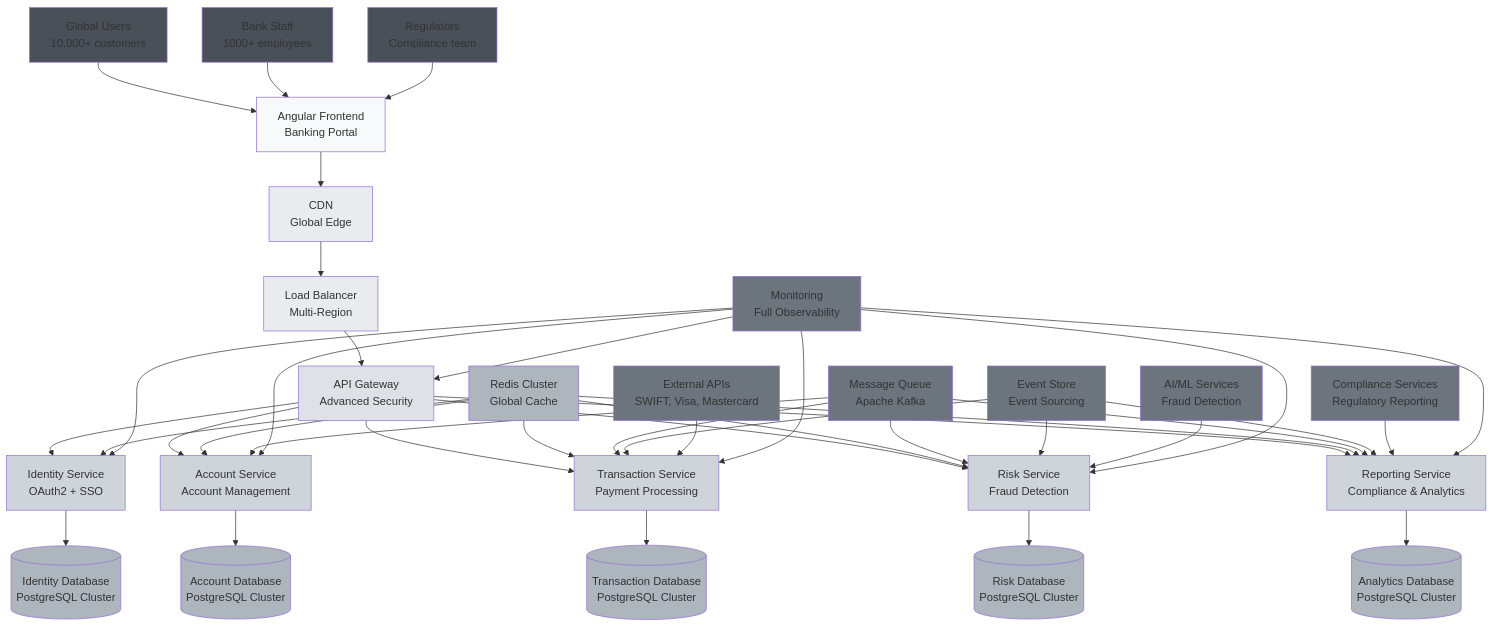
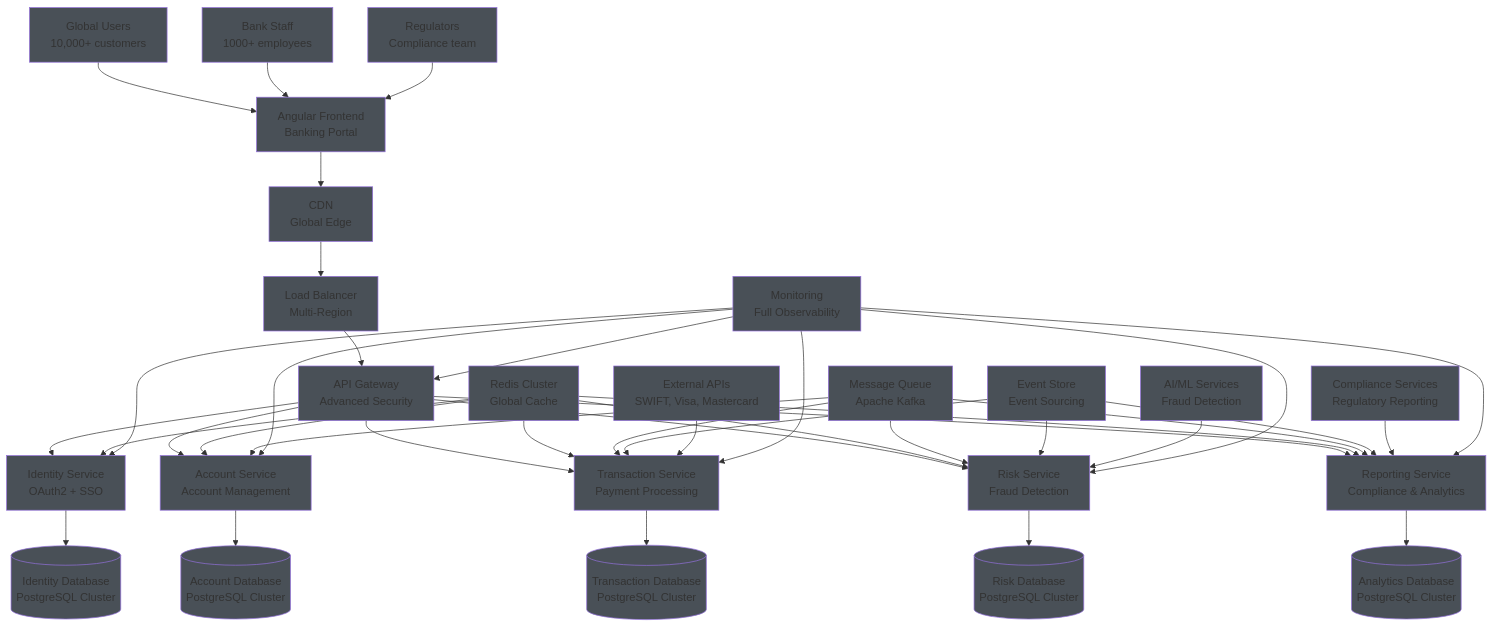
The fifth of 5 diagrams in architecture-by-size-examples.md (nayanvithanage/code_20-architecture-practice), drawn with Mermaid before and after one commit. The commit also changed other lines of this file, not shown here.

Commit message:
refactor: standardize color styles across all architecture-by-size examples for uniformity

````diff
--- a/architecture-by-size-examples.md
+++ b/architecture-by-size-examples.md
@@ -218,73 +218,73 @@
 ```mermaid
 graph TD
     A[Angular Frontend<br/>Banking Portal] --> B[CDN<br/>Global Edge]
     B --> C[Load Balancer<br/>Multi-Region]
     C --> D[API Gateway<br/>Advanced Security]
     
     D --> E[Identity Service<br/>OAuth2 + SSO]
     D --> F[Account Service<br/>Account Management]
     D --> G[Transaction Service<br/>Payment Processing]
     D --> H[Risk Service<br/>Fraud Detection]
     D --> I[Reporting Service<br/>Compliance & Analytics]
     
     E --> J[(Identity Database<br/>PostgreSQL Cluster)]
     F --> K[(Account Database<br/>PostgreSQL Cluster)]
     G --> L[(Transaction Database<br/>PostgreSQL Cluster)]
     H --> M[(Risk Database<br/>PostgreSQL Cluster)]
     I --> N[(Analytics Database<br/>PostgreSQL Cluster)]
     
     O[Redis Cluster<br/>Global Cache] --> E
     O --> F
     O --> G
     O --> H
     O --> I
     
     P[Message Queue<br/>Apache Kafka] --> F
     P --> G
     P --> H
     P --> I
     
     Q[Event Store<br/>Event Sourcing] --> G
     Q --> H
     Q --> I
     
     R[External APIs<br/>SWIFT, Visa, Mastercard] --> G
     S[AI/ML Services<br/>Fraud Detection] --> H
     T[Compliance Services<br/>Regulatory Reporting] --> I
     
     U[Monitoring<br/>Full Observability] --> D
     U --> E
     U --> F
     U --> G
     U --> H
     U --> I
     
     V[Global Users<br/>10,000+ customers] --> A
     W[Bank Staff<br/>1000+ employees] --> A
     X[Regulators<br/>Compliance team] --> A
     
-    style A fill:#f8f9fa
-    style B fill:#e9ecef
-    style C fill:#e9ecef
-    style D fill:#dee2e6
-    style E fill:#ced4da
-    style F fill:#ced4da
-    style G fill:#ced4da
-    style H fill:#ced4da
-    style I fill:#ced4da
-    style J fill:#adb5bd
-    style K fill:#adb5bd
-    style L fill:#adb5bd
-    style M fill:#adb5bd
-    style N fill:#adb5bd
-    style O fill:#adb5bd
-    style P fill:#6c757d
-    style Q fill:#6c757d
-    style R fill:#6c757d
-    style S fill:#6c757d
-    style T fill:#6c757d
-    style U fill:#6c757d
+    style A fill:#495057
+    style B fill:#495057
+    style C fill:#495057
+    style D fill:#495057
+    style E fill:#495057
+    style F fill:#495057
+    style G fill:#495057
+    style H fill:#495057
+    style I fill:#495057
+    style J fill:#495057
+    style K fill:#495057
+    style L fill:#495057
+    style M fill:#495057
+    style N fill:#495057
+    style O fill:#495057
+    style P fill:#495057
+    style Q fill:#495057
+    style R fill:#495057
+    style S fill:#495057
+    style T fill:#495057
+    style U fill:#495057
     style V fill:#495057
     style W fill:#495057
     style X fill:#495057
 ```
````
